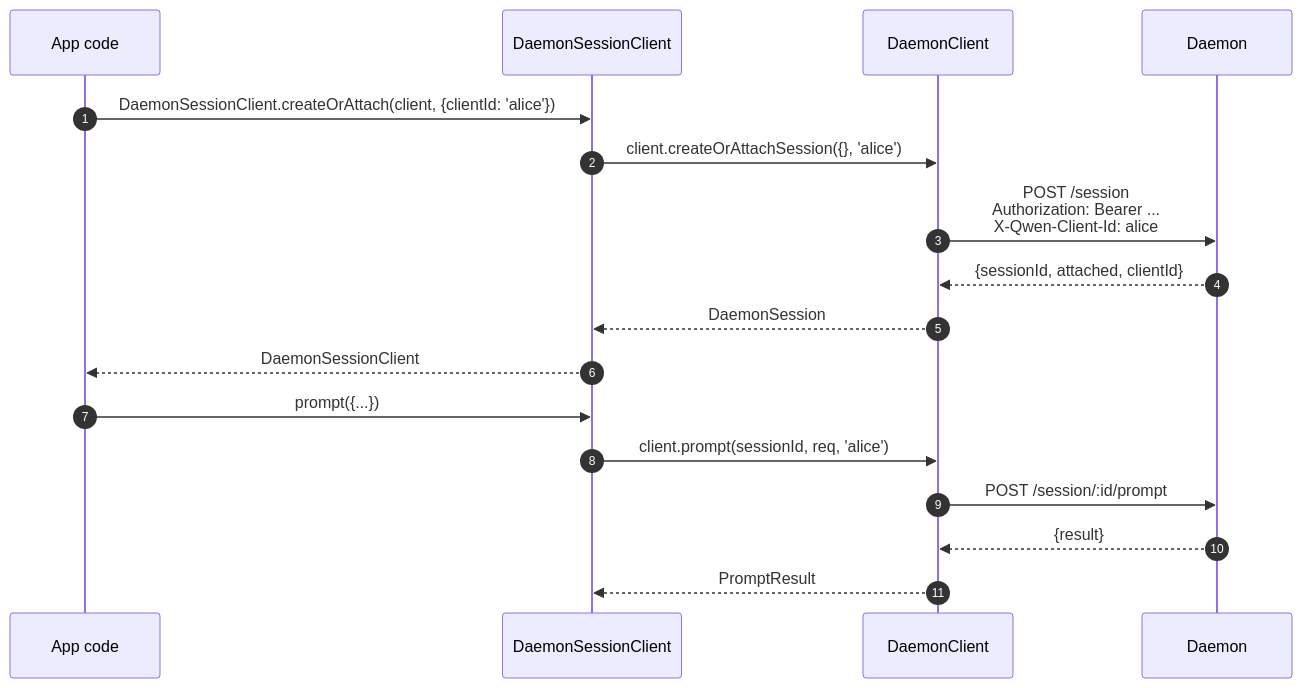
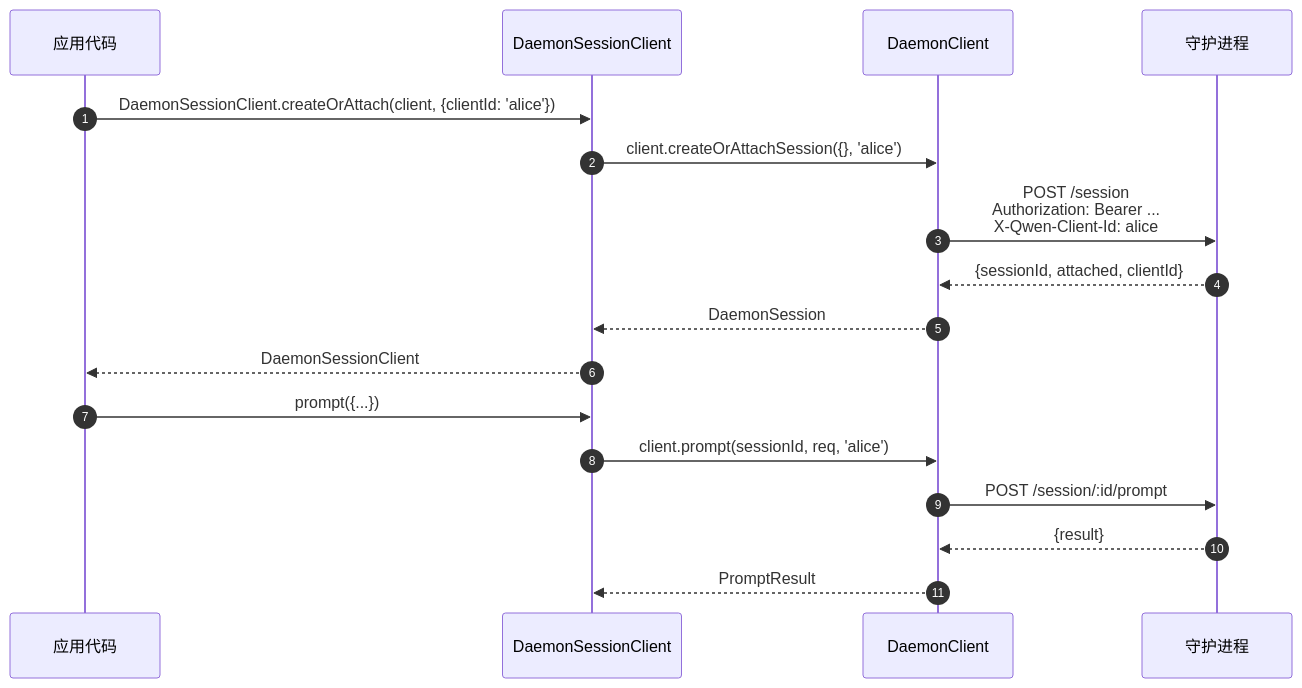
One commit to QwenLM/qwen-code-docs changed the first of 3 diagrams in website/content/zh/developers/daemon/13-sdk-daemon-client.md. Above: the diagram before and after it, drawn with Mermaid. The commit also changed other lines of this file and 1077 other files, not shown here.

````diff
--- a/website/content/zh/developers/daemon/13-sdk-daemon-client.md
+++ b/website/content/zh/developers/daemon/13-sdk-daemon-client.md
@@ -133,21 +133,21 @@
 ```mermaid
 sequenceDiagram
     autonumber
-    participant App as App code
+    participant App as 应用代码
     participant SC as DaemonSessionClient
     participant DC as DaemonClient
-    participant D as Daemon
+    participant D as 守护进程
 
     App->>SC: DaemonSessionClient.createOrAttach(client, {clientId: 'alice'})
     SC->>DC: client.createOrAttachSession({}, 'alice')
     DC->>D: POST /session<br/>Authorization: Bearer ...<br/>X-Qwen-Client-Id: alice
     D-->>DC: {sessionId, attached, clientId}
     DC-->>SC: DaemonSession
     SC-->>App: DaemonSessionClient
 
     App->>SC: prompt({...})
     SC->>DC: client.prompt(sessionId, req, 'alice')
     DC->>D: POST /session/:id/prompt
     D-->>DC: {result}
     DC-->>SC: PromptResult
 ```
````
